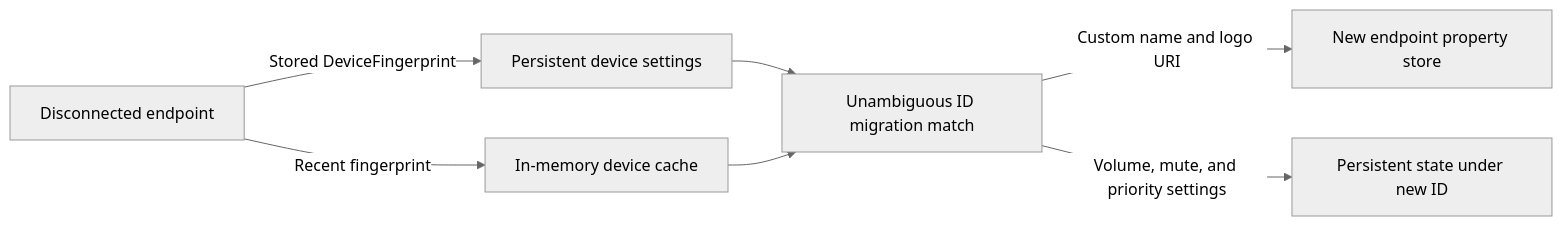
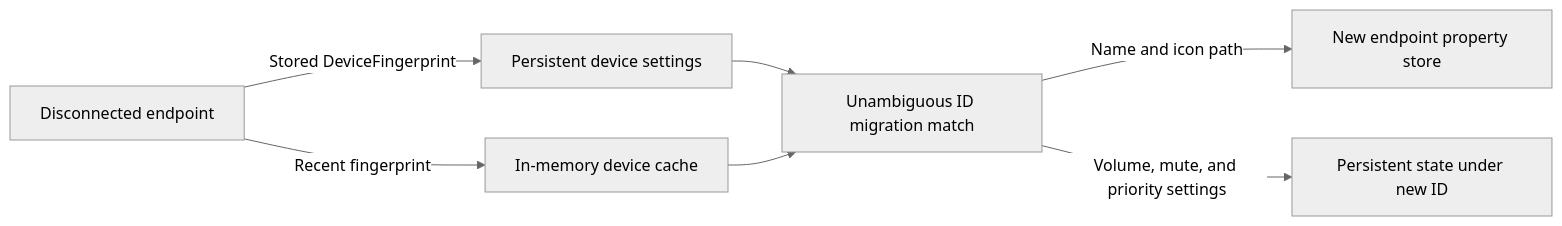
Before and after one commit to felipecrs/volume-locker: the diagram in docs/device-property-migration.md, drawn with Mermaid (neutral theme). The commit also changed other lines of this file and 5 other files, not shown here.

First line of the commit message:
Track endpoint icon via PKEY_DeviceClass_IconPath

````diff
--- a/docs/device-property-migration.md
+++ b/docs/device-property-migration.md
@@ -16,9 +16,9 @@
 ```mermaid
 flowchart LR
     OLD[Disconnected endpoint] -->|Stored DeviceFingerprint| CFG[Persistent device settings]
     OLD -->|Recent fingerprint| CACHE[In-memory device cache]
     CFG --> MATCH[Unambiguous ID migration match]
     CACHE --> MATCH
-    MATCH -->|Custom name and logo URI| NEW[New endpoint property store]
+    MATCH -->|Name and icon path| NEW[New endpoint property store]
     MATCH -->|Volume, mute, and priority settings| STATE[Persistent state under new ID]
 ```
````
